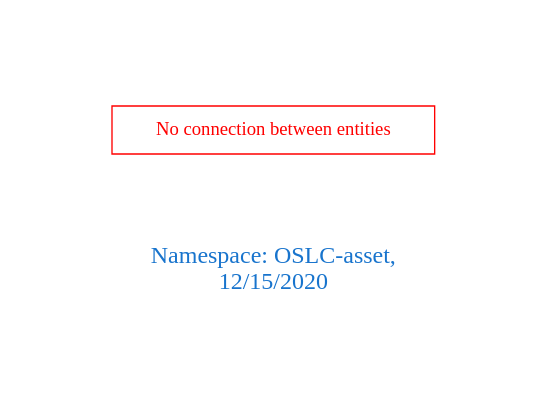
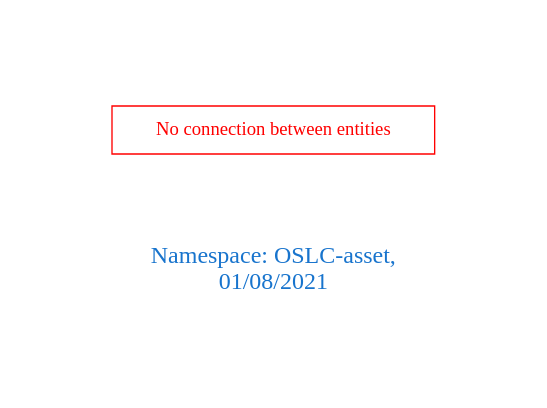
One commit to arago/OGIT changed the diagram in downloads/OSLC-asset.dot. Above: the diagram before and after it, drawn with Graphviz. The commit also changed 1837 other files, not shown here.

```diff
--- a/downloads/OSLC-asset.dot
+++ b/downloads/OSLC-asset.dot
@@ -1,9 +1,9 @@
 digraph OGIT_ontology {
  graph [ rankdir= LR,pad=1 
 fontsize = 18,
-fontcolor= dodgerblue3,label = "\n\n\nNamespace: OSLC-asset, \n 12/15/2020"];
+fontcolor= dodgerblue3,label = "\n\n\nNamespace: OSLC-asset, \n 01/08/2021"];
 node[shape=polygon];
 edge [  color="gray81"];
 
 "No connection between entities" [fontcolor = "red",color="red", shape="polygon"]
 }
```
